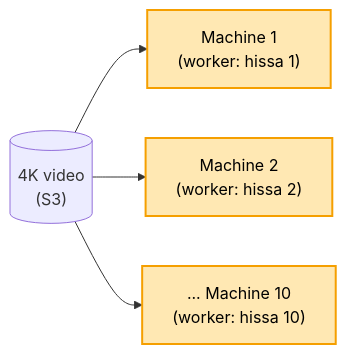
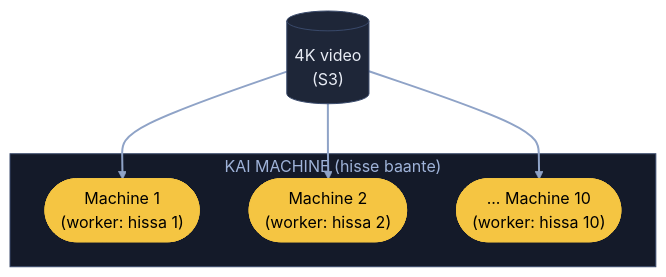
One commit to ArpanMaheshwari144/Prep changed diagram 12 of 15 in 04_HLD/SYSTEM_DESIGNS/03_twitter_feed/03_twitter_feed.md. Above: the diagram before and after it, drawn with Mermaid. The commit also changed other lines of this file, not shown here.

Commit message:
Twitter: 15 diagram YouTube (reel) wale card andaaz me

````diff
--- a/04_HLD/SYSTEM_DESIGNS/03_twitter_feed/03_twitter_feed.md
+++ b/04_HLD/SYSTEM_DESIGNS/03_twitter_feed/03_twitter_feed.md
@@ -266,9 +394,18 @@
 ```mermaid
-flowchart LR
-    S3[("4K video<br/>(S3)")] --> W1["Machine 1<br/>(worker: hissa 1)"]
-    S3 --> W2["Machine 2<br/>(worker: hissa 2)"]
-    S3 --> WN["... Machine 10<br/>(worker: hissa 10)"]
-    style W1 fill:#ffe8b3,stroke:#f59f00,stroke-width:2px,color:#000
-    style W2 fill:#ffe8b3,stroke:#f59f00,stroke-width:2px,color:#000
-    style WN fill:#ffe8b3,stroke:#f59f00,stroke-width:2px,color:#000
+flowchart TB
+    S3[("4K video<br/>(S3)")]:::card
+    subgraph WK["KAI MACHINE (hisse baante)"]
+        W1(["Machine 1<br/>(worker: hissa 1)"]):::pill
+        W2(["Machine 2<br/>(worker: hissa 2)"]):::pill
+        WN(["... Machine 10<br/>(worker: hissa 10)"]):::pill
+    end
+    S3 --> W1
+    S3 --> W2
+    S3 --> WN
+    linkStyle default stroke:#8fa3c7,stroke-width:2px
+    classDef card fill:#1e2638,stroke:#3a4a6b,color:#e8ecf5
+    classDef pill fill:#f5c542,stroke:#f5c542,color:#000
+    classDef good fill:#2e7d4f,stroke:#3fbf6f,color:#fff
+    classDef bad fill:#5c1f24,stroke:#e05561,color:#fff
+    style WK fill:#141a29,stroke:#3a4a6b,color:#9fb3d9
 ```
````
